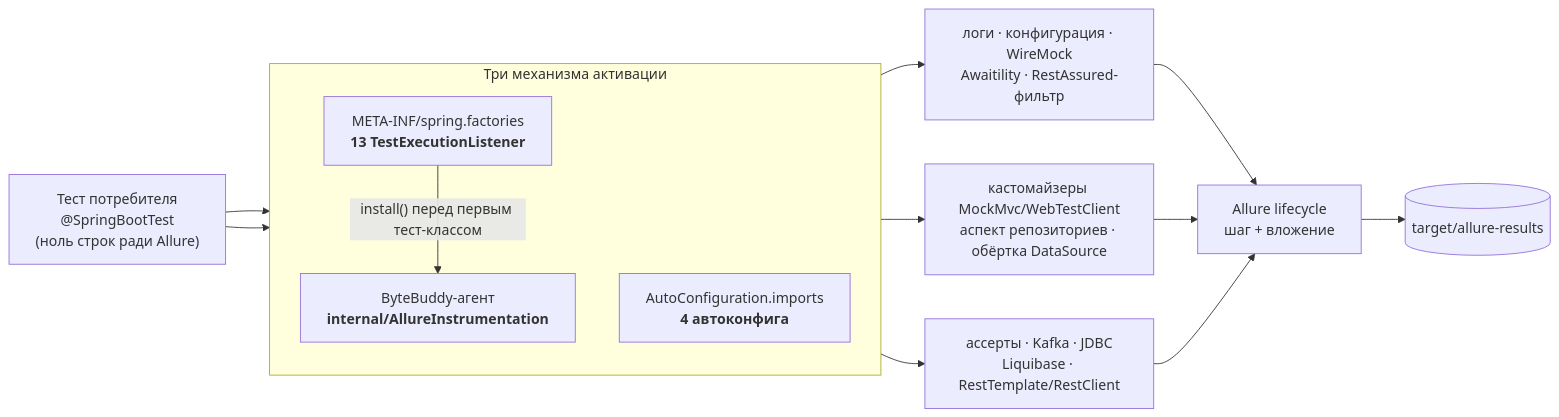
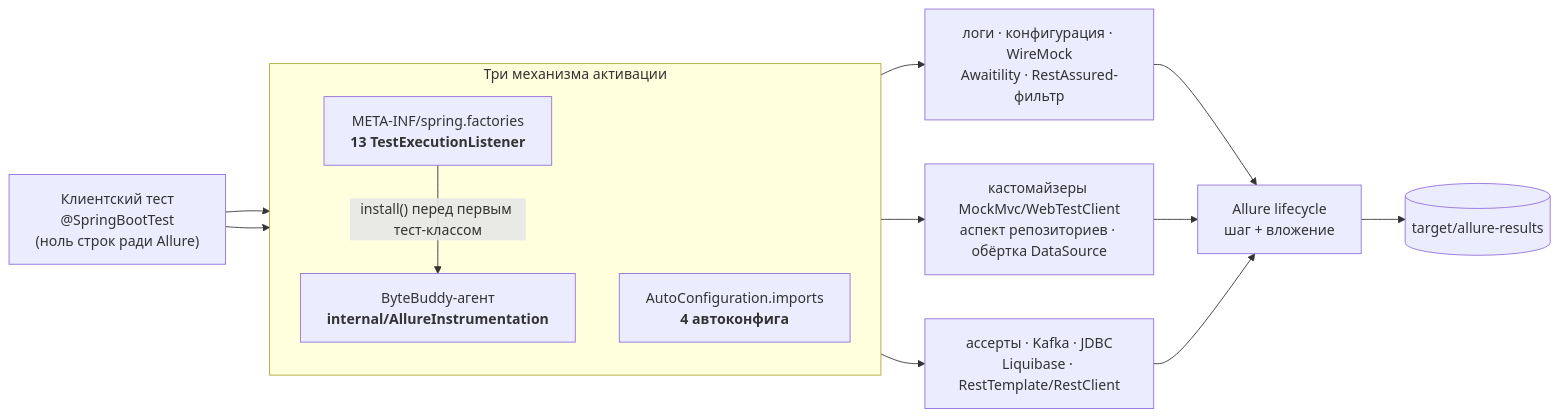
One commit to kolomyychenkoai/allure-spring-test changed the diagram in docs/architecture.md. Above: the diagram before and after it, drawn with Mermaid. The commit also changed other lines of this file and 3 other files, not shown here.

````diff
--- a/docs/architecture.md
+++ b/docs/architecture.md
@@ -69,24 +75,24 @@
 ```mermaid
 flowchart LR
-    T["Тест потребителя<br/>@SpringBootTest<br/>(ноль строк ради Allure)"]
+    T["Клиентский тест<br/>@SpringBootTest<br/>(ноль строк ради Allure)"]
 
     subgraph ACT["Три механизма активации"]
         direction TB
         L["META-INF/spring.factories<br/><b>13 TestExecutionListener</b>"]
         A["AutoConfiguration.imports<br/><b>4 автоконфига</b>"]
         B["ByteBuddy-агент<br/><b>internal/AllureInstrumentation</b>"]
     end
 
     T --> L
     T --> A
     L -- "install() перед первым тест-классом" --> B
 
     L --> M1["логи · конфигурация · WireMock<br/>Awaitility · RestAssured-фильтр"]
     A --> M2["кастомайзеры MockMvc/WebTestClient<br/>аспект репозиториев · обёртка DataSource"]
     B --> M3["ассерты · Kafka · JDBC<br/>Liquibase · RestTemplate/RestClient"]
 
     M1 --> AL["Allure lifecycle<br/>шаг + вложение"]
     M2 --> AL
     M3 --> AL
     AL --> R[("target/allure-results")]
 ```
````
